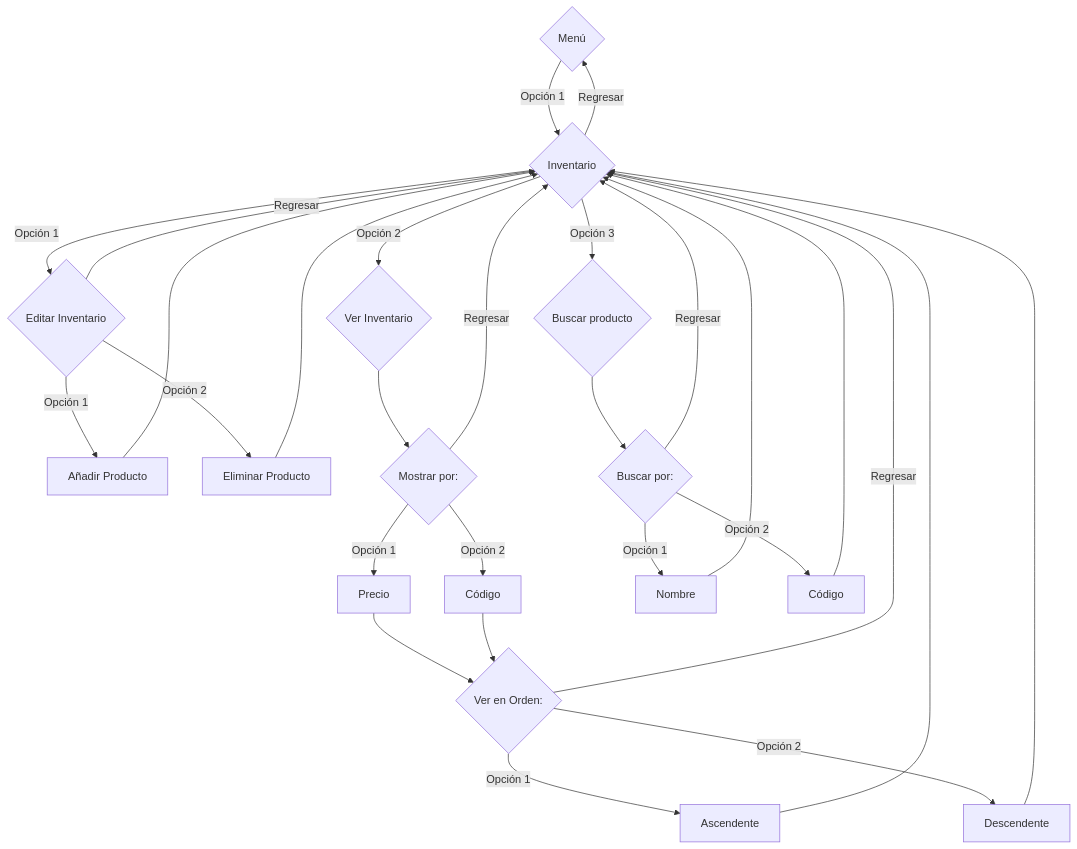
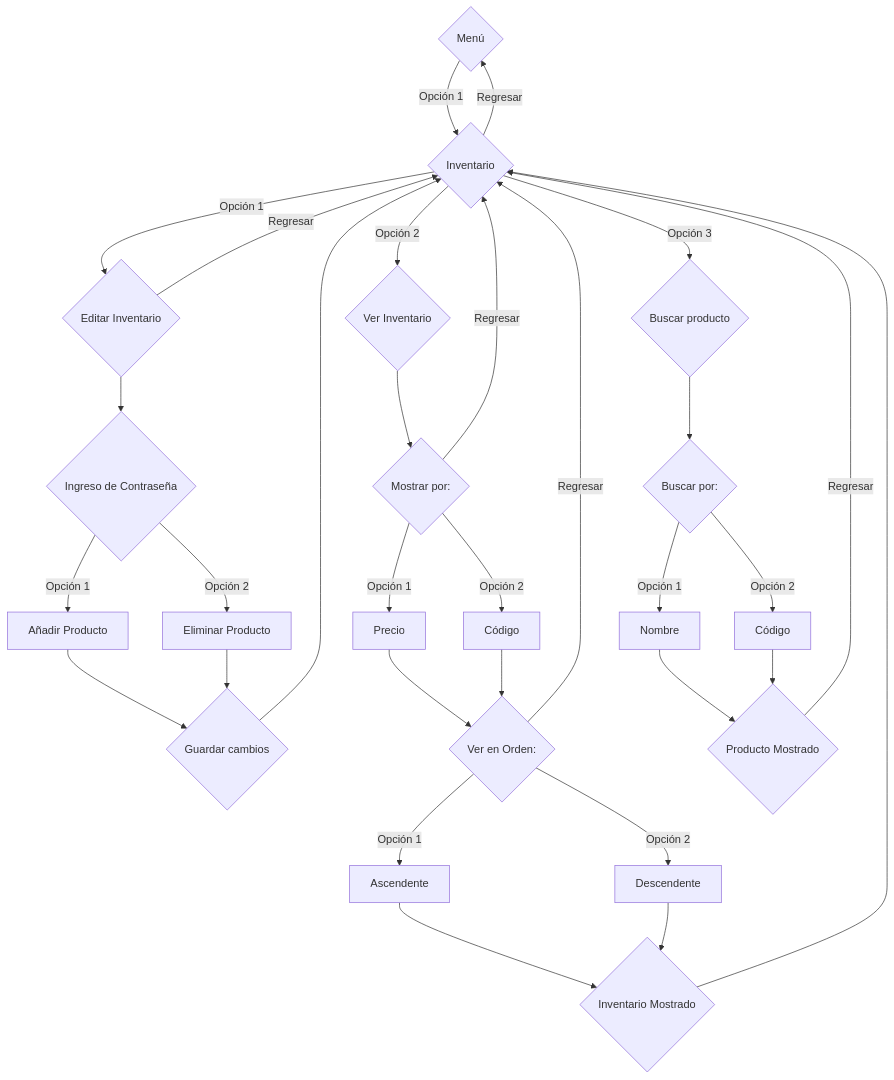
The third of 6 diagrams in README.md (NotName-K/Project), drawn with Mermaid before and after one commit. The commit also changed other lines of this file, not shown here.

````diff
--- a/README.md
+++ b/README.md
@@ -64,30 +64,33 @@
 ```mermaid
 graph TD;
 B{Menú} -->|Opción 1|C{Inventario};
           C -->|Opción 1|D{Editar Inventario};
-              D -->|Opción 1|E[Añadir Producto];
-              E -->C;
-              D -->|Opción 2|F[Eliminar Producto];
-              F -->C;
+             D-->zz{Ingreso de Contraseña}
+              zz -->|Opción 1|E[Añadir Producto];
+              E -->LL{Guardar cambios};
+              zz -->|Opción 2|F[Eliminar Producto];
+              F -->LL;
               D -->|Regresar|C
+              LL --> C
           C -->|Opción 2|G{Ver Inventario};
               G -->H{Mostrar por:};
                  H -->|Opción 1|I[Precio];
                  H -->|Opción 2|J[Código];
                  H -->|Regresar|C;
                  I -->K;
               J -->K{Ver en Orden:};
                  K -->|Opción 1|L[Ascendente];
-                 L -->C;
+                 L -->KQ{Inventario Mostrado};
                  K -->|Opción 2|M[Descendente];
-                 M -->C;
+                 M -->KQ;
                  K -->|Regresar|C;
+                 KQ --> C
           C -->|Opción 3|N{Buscar producto};
               N -->O{Buscar por:};
                  O -->|Opción 1|P[Nombre];
-                 P -->C;
+                 P -->KJ{Producto Mostrado};
                  O -->|Opción 2|Q[Código];
-                 Q -->C;
-                 O -->|Regresar|C;
+                 Q -->KJ;
+                 KJ -->|Regresar|C;
           C -->|Regresar|B;
 ```
````
